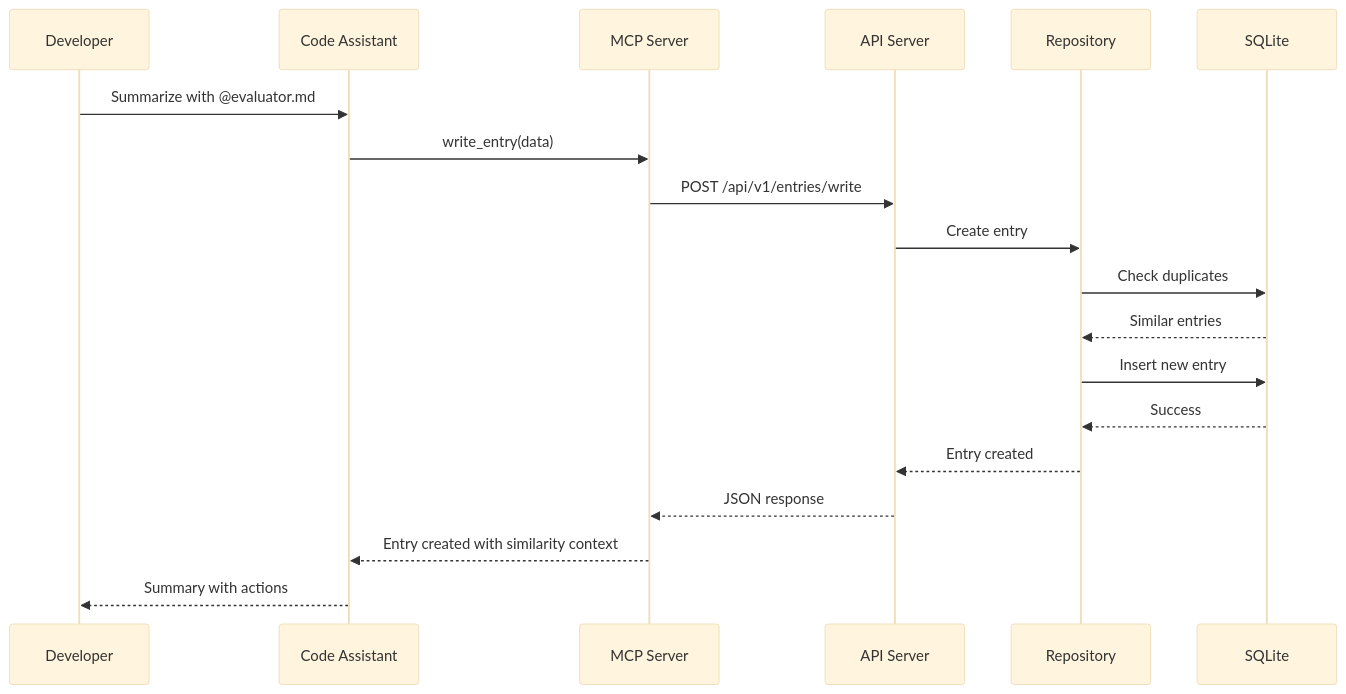
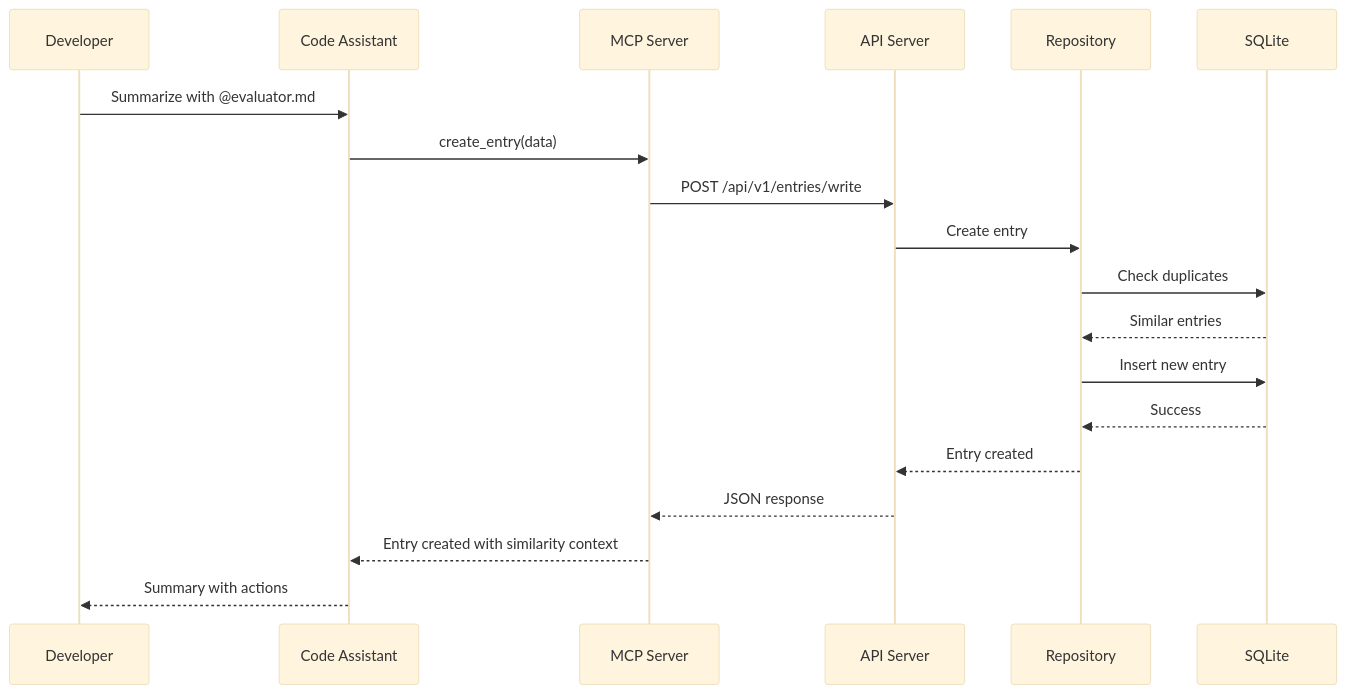
The third of 4 diagrams in doc/architecture.md (tyouritsugun/curated-heuristic-loop), drawn with Mermaid (base theme) before and after one commit. The commit also changed other lines of this file and 44 other files, not shown here.

````diff
--- a/doc/architecture.md
+++ b/doc/architecture.md
@@ -201,25 +201,25 @@
 ```mermaid
 sequenceDiagram
     participant Dev as Developer
     participant LLM as Code Assistant
     participant MCP as MCP Server
     participant API as API Server
     participant REPO as Repository
     participant DB as SQLite
 
     Dev->>LLM: Summarize with @evaluator.md
-    LLM->>MCP: write_entry(data)
+    LLM->>MCP: create_entry(data)
     MCP->>API: POST /api/v1/entries/write
     API->>REPO: Create entry
 
     REPO->>DB: Check duplicates
     DB-->>REPO: Similar entries
     REPO->>DB: Insert new entry
     DB-->>REPO: Success
 
     REPO-->>API: Entry created
     API-->>MCP: JSON response
     MCP-->>LLM: Entry created with similarity context
 
     LLM-->>Dev: Summary with actions
 ```
````
